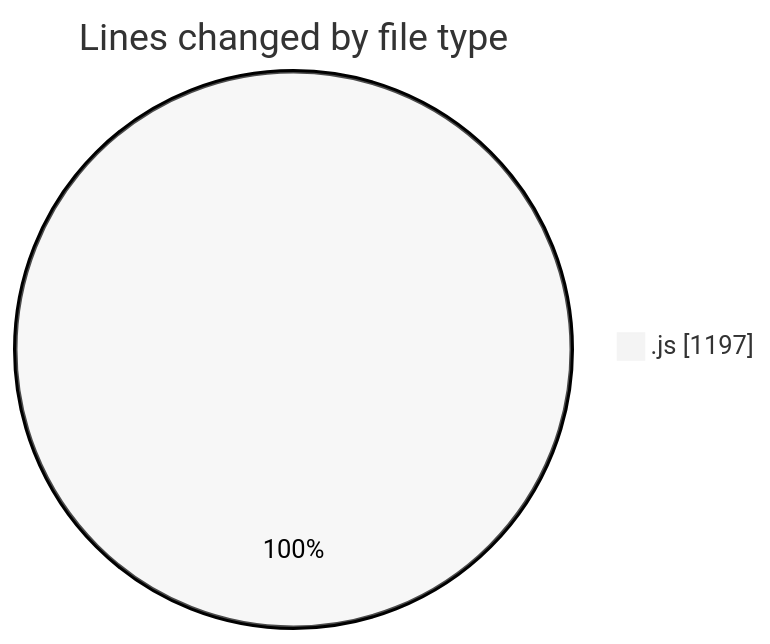
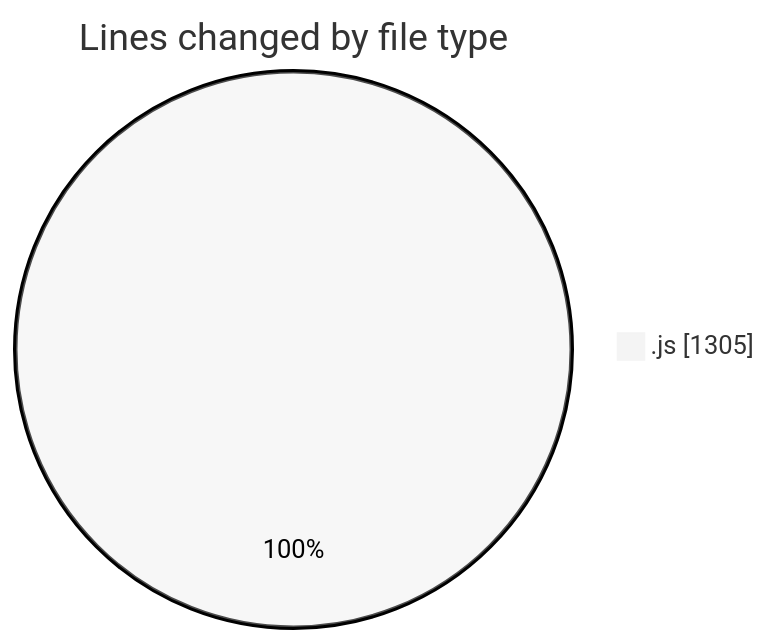
One commit to BS-eng2023/code-tracking changed the first of 2 diagrams in 2025-04-03/jsvms/README.md. Above: the diagram before and after it, drawn with Mermaid (neutral theme). The commit also changed other lines of this file and 1 other file, not shown here.

````diff
--- a/2025-04-03/jsvms/README.md
+++ b/2025-04-03/jsvms/README.md
@@ -29,5 +29,5 @@
 ```mermaid
 pie showData
 title Lines changed by file type
-".js" : 1197
+".js" : 1305
 ```
````
